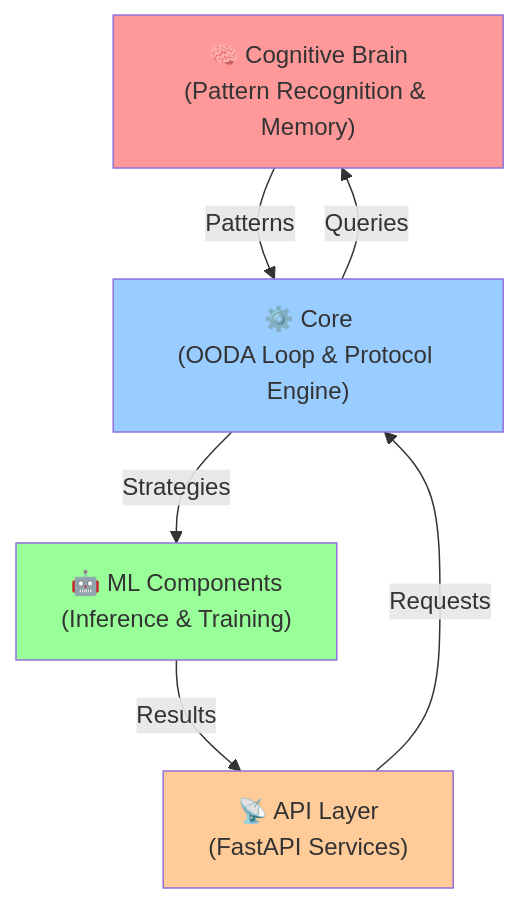
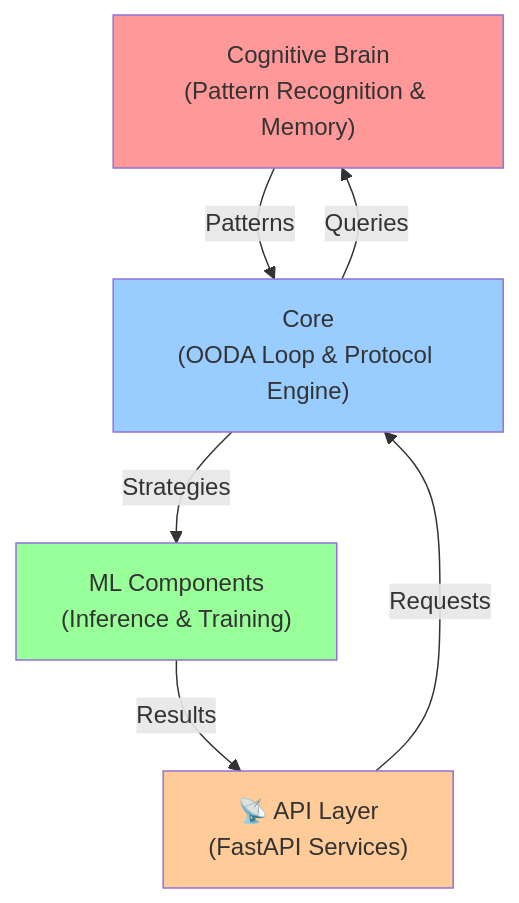
Before and after one commit to Aries-Serpent/_codex_: the first of 4 diagrams in docs/ARCHITECTURE.md, drawn with Mermaid. The commit also changed other lines of this file and 2029 other files, not shown here.

````diff
--- a/docs/ARCHITECTURE.md
+++ b/docs/ARCHITECTURE.md
@@ -11,19 +13,19 @@
 ```mermaid
 graph TB
-    CB["🧠 Cognitive Brain<br/>(Pattern Recognition & Memory)"]
-    CORE["⚙️ Core<br/>(OODA Loop & Protocol Engine)"]
-    ML["🤖 ML Components<br/>(Inference & Training)"]
+    CB[" Cognitive Brain<br/>(Pattern Recognition & Memory)"]
+    CORE[" Core<br/>(OODA Loop & Protocol Engine)"]
+    ML[" ML Components<br/>(Inference & Training)"]
     API["📡 API Layer<br/>(FastAPI Services)"]
     
     CB -->|Patterns| CORE
     CORE -->|Strategies| ML
     ML -->|Results| API
     
     API -->|Requests| CORE
     CORE -->|Queries| CB
     
     style CB fill:#ff9999
     style CORE fill:#99ccff
     style ML fill:#99ff99
     style API fill:#ffcc99
 ```
````
